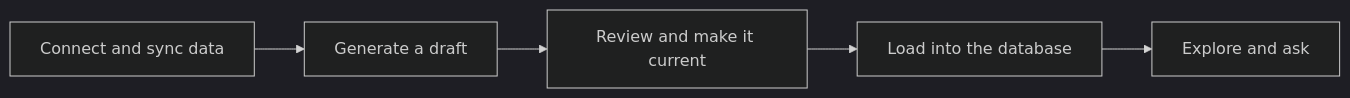
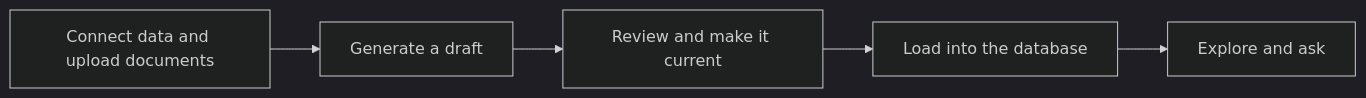
Before and after one commit to HelixDB/helix-db: the diagram in docs/foundry/start-here/introduction.mdx, drawn with Mermaid (dark theme). The commit also changed other lines of this file and 8 other files, not shown here.

````diff
--- a/docs/foundry/start-here/introduction.mdx
+++ b/docs/foundry/start-here/introduction.mdx
@@ -37,7 +39,7 @@
 ```mermaid
 flowchart LR
-  A[Connect and sync data] --> B[Generate a draft]
+  A[Connect data and upload documents] --> B[Generate a draft]
   B --> C[Review and make it current]
   C --> D[Load into the database]
   D --> E[Explore and ask]
 ```
````
